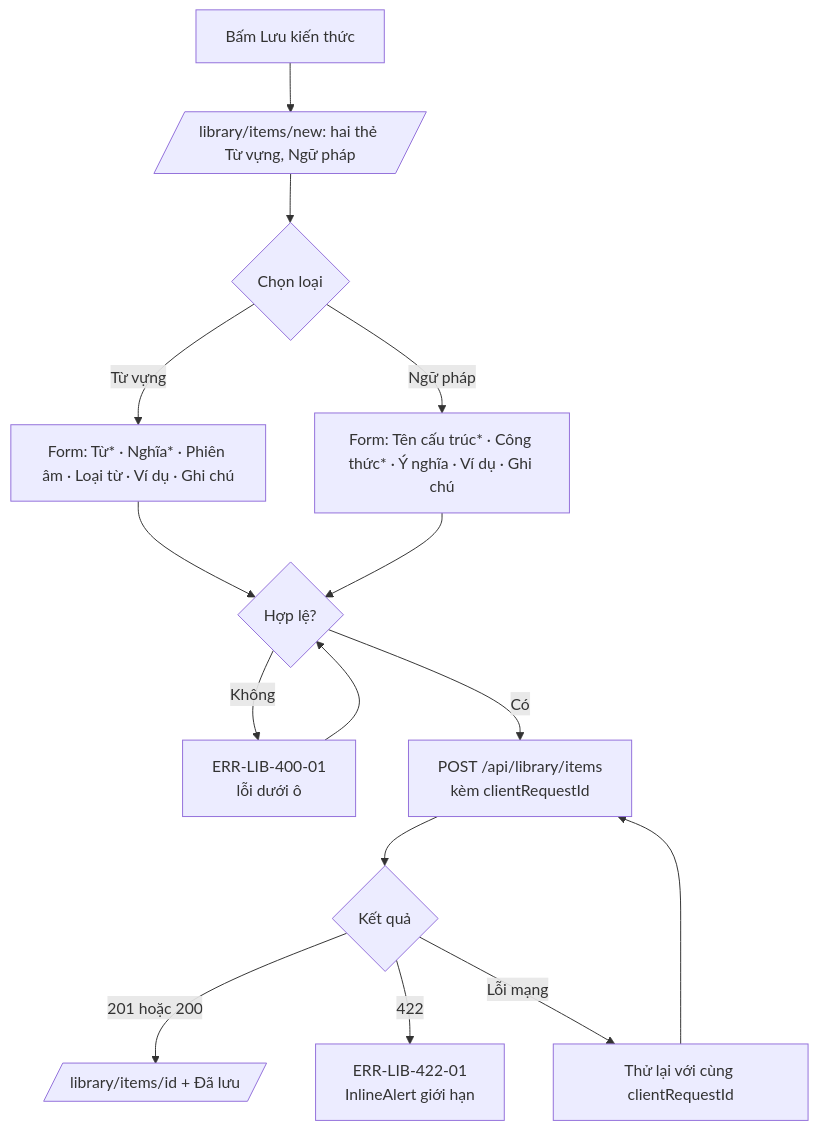
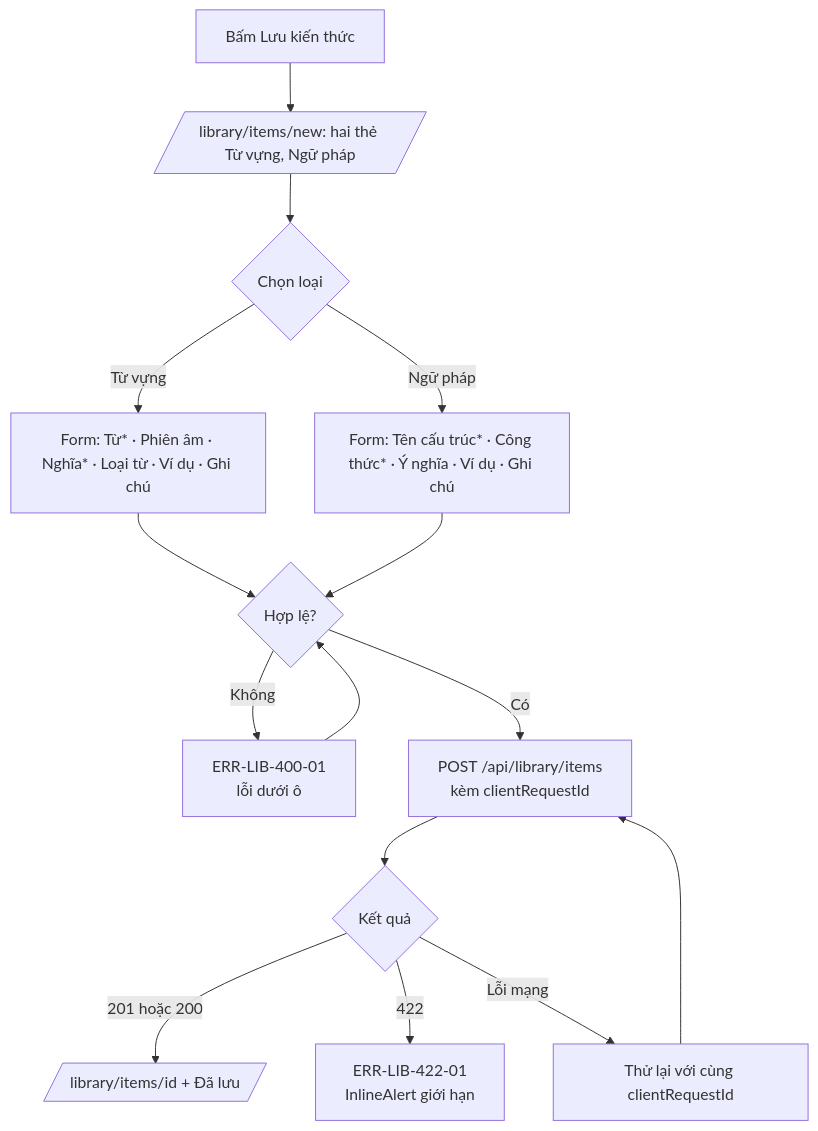
The first of 2 diagrams in docs/features/knowledge-items/srs/US-LIB-01-choose-type-and-save.md (pamela172103/Lingozi), drawn with Mermaid before and after one commit. The commit also changed other lines of this file and 3 other files, not shown here.

First line of the commit message:
docs(knowledge-items): form field order follows the owner's list (Từ, Phiên âm, Nghĩa, Loại từ)

````diff
--- a/docs/features/knowledge-items/srs/US-LIB-01-choose-type-and-save.md
+++ b/docs/features/knowledge-items/srs/US-LIB-01-choose-type-and-save.md
@@ -82,15 +82,15 @@
 ```mermaid
 flowchart TD
     A[Bấm Lưu kiến thức] --> K[/library/items/new: hai thẻ Từ vựng, Ngữ pháp/]
     K --> T{Chọn loại}
-    T -- Từ vựng --> W[Form: Từ* · Nghĩa* · Phiên âm · Loại từ · Ví dụ · Ghi chú]
+    T -- Từ vựng --> W[Form: Từ* · Phiên âm · Nghĩa* · Loại từ · Ví dụ · Ghi chú]
     T -- Ngữ pháp --> G[Form: Tên cấu trúc* · Công thức* · Ý nghĩa · Ví dụ · Ghi chú]
     W --> V{Hợp lệ?}
     G --> V
     V -- Không --> V1[ERR-LIB-400-01<br/>lỗi dưới ô] --> V
     V -- Có --> P[POST /api/library/items<br/>kèm clientRequestId]
     P --> R{Kết quả}
     R -- 201 hoặc 200 --> OK[/library/items/id + Đã lưu/]
     R -- 422 --> L[ERR-LIB-422-01<br/>InlineAlert giới hạn]
     R -- Lỗi mạng --> RT[Thử lại với cùng clientRequestId] --> P
 ```
````
